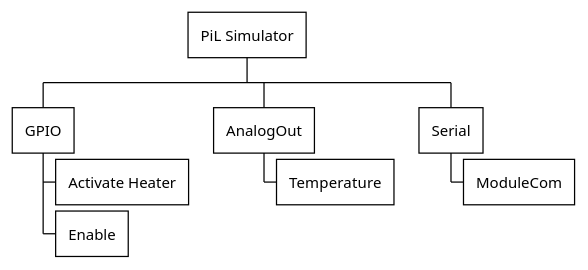
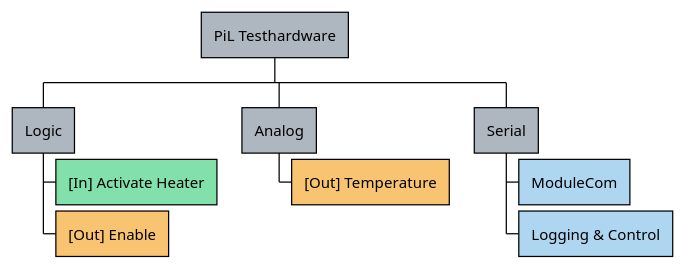
One commit to sukapx/embedded-bdd changed the second of 2 diagrams in doc/Interfaces.puml. Above: the diagram before and after it, drawn with PlantUML. The commit also changed other lines of this file and 4 other files, not shown here.

```diff
--- a/doc/Interfaces.puml
+++ b/doc/Interfaces.puml
@@ -14,12 +15,13 @@
-@startwbs Connections PiL Simulator
+@startwbs Connections PiL Testhardware
 !theme plain
 
-* PiL Simulator
-** GPIO
-*** Activate Heater
-*** Enable
-** AnalogOut
-*** Temperature
-** Serial
-*** ModuleCom
+*[#aeb6bf] PiL Testhardware
+**[#aeb6bf] Logic
+***[#82e0aa] [In] Activate Heater
+***[#f8c471] [Out] Enable
+**[#aeb6bf] Analog
+***[#f8c471] [Out] Temperature
+**[#aeb6bf] Serial
+***[#aed6f1] ModuleCom
+***[#aed6f1] Logging & Control
 @endwbs
```
